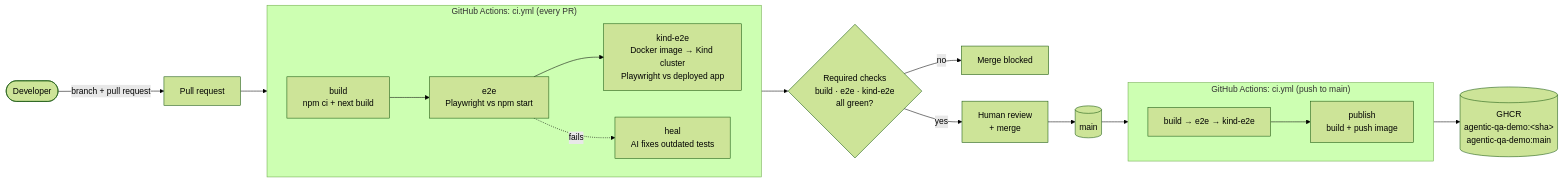
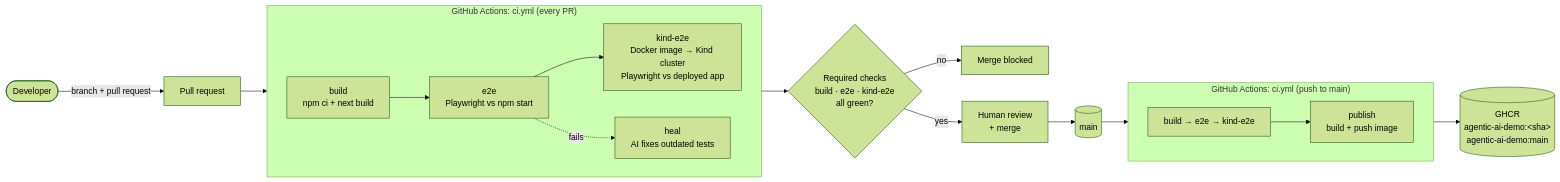
One commit to zbasmajian/agentic-qa-demo changed the first of 5 diagrams in README.md. Above: the diagram before and after it, drawn with Mermaid (forest theme). The commit also changed other lines of this file and 6 other files, not shown here.

First line of the commit message:
chore: rename project from agentic-qa-demo to agentic-ai-demo

````diff
--- a/README.md
+++ b/README.md
@@ -36,25 +36,25 @@
 ```mermaid
 flowchart LR
     dev([Developer]) -->|"branch + pull request"| pr[Pull request]
 
     subgraph CI["GitHub Actions: ci.yml (every PR)"]
         direction LR
         build["build<br/>npm ci + next build"] --> e2e["e2e<br/>Playwright vs npm start"]
         e2e --> kind["kind-e2e<br/>Docker image → Kind cluster<br/>Playwright vs deployed app"]
         e2e -. "fails" .-> heal["heal<br/>AI fixes outdated tests"]
     end
 
     pr --> build
     kind --> gate{"Required checks<br/>build · e2e · kind-e2e<br/>all green?"}
     gate -- no --> blocked["Merge blocked"]
     gate -- yes --> review["Human review<br/>+ merge"]
     review --> main[(main)]
 
     subgraph CD["GitHub Actions: ci.yml (push to main)"]
         direction LR
         rerun["build → e2e → kind-e2e"] --> publish["publish<br/>build + push image"]
     end
 
     main --> rerun
-    publish --> ghcr[("GHCR<br/>agentic-qa-demo:&lt;sha&gt;<br/>agentic-qa-demo:main")]
+    publish --> ghcr[("GHCR<br/>agentic-ai-demo:&lt;sha&gt;<br/>agentic-ai-demo:main")]
 ```
````
